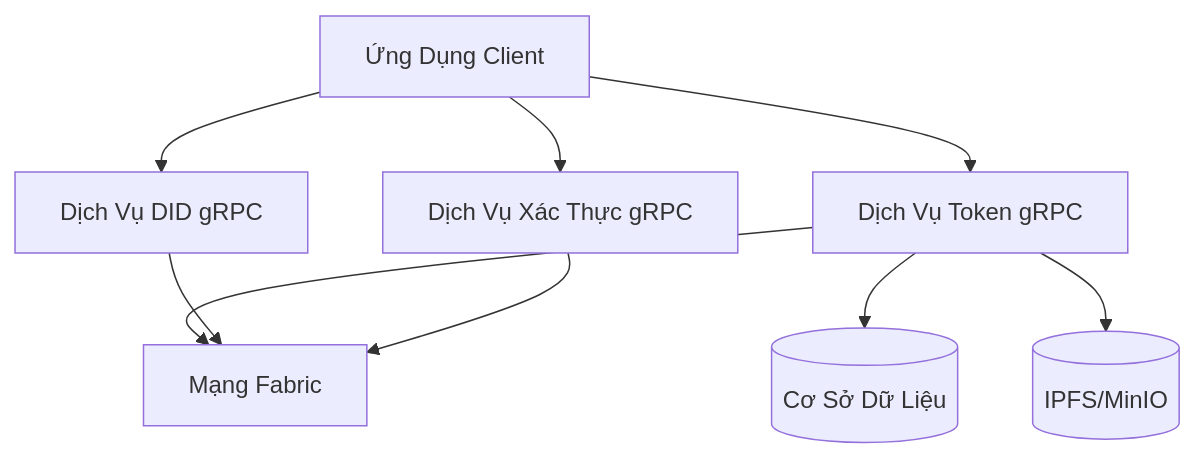
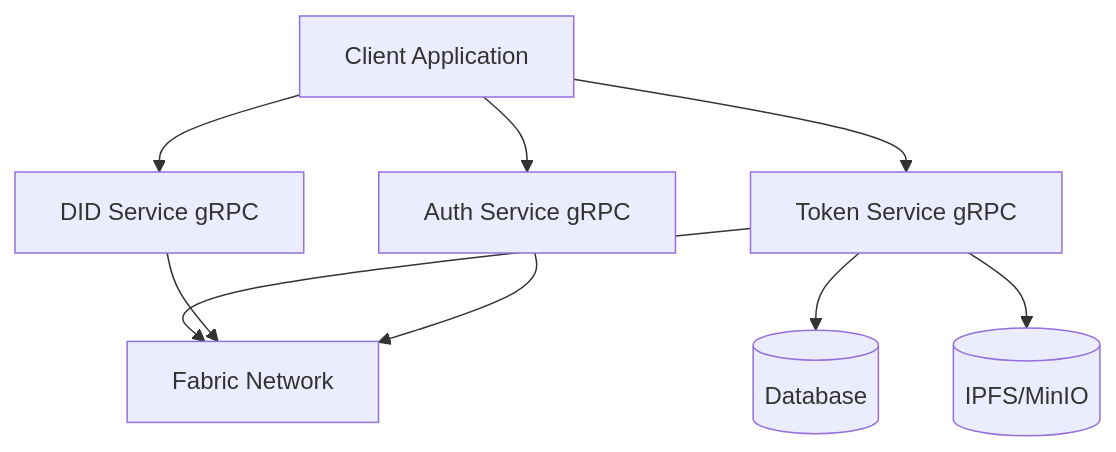
Before and after one commit to metafi-blockchain/metafi-digital-assets-service: the first of 2 diagrams in docs/technical-design.vi.md, drawn with Mermaid. The commit also changed other lines of this file and 1 other file, not shown here.

````diff
--- a/docs/technical-design.vi.md
+++ b/docs/technical-design.vi.md
@@ -7,11 +9,11 @@
 ```mermaid
 graph TD
-    Client[Ứng Dụng Client] --> Token[Dịch Vụ Token gRPC]
-    Client --> Auth[Dịch Vụ Xác Thực gRPC]
-    Client --> DID[Dịch Vụ DID gRPC]
-    Token --> Fabric[Mạng Fabric]
+    Client[Client Application] --> Token[Token Service gRPC]
+    Client --> Auth[Auth Service gRPC]
+    Client --> DID[DID Service gRPC]
+    Token --> Fabric[Fabric Network]
     DID --> Fabric
     Auth --> Fabric
-    Token --> DB[(Cơ Sở Dữ Liệu)]
+    Token --> DB[(Database)]
     Token --> Storage[(IPFS/MinIO)]
 ```
````
